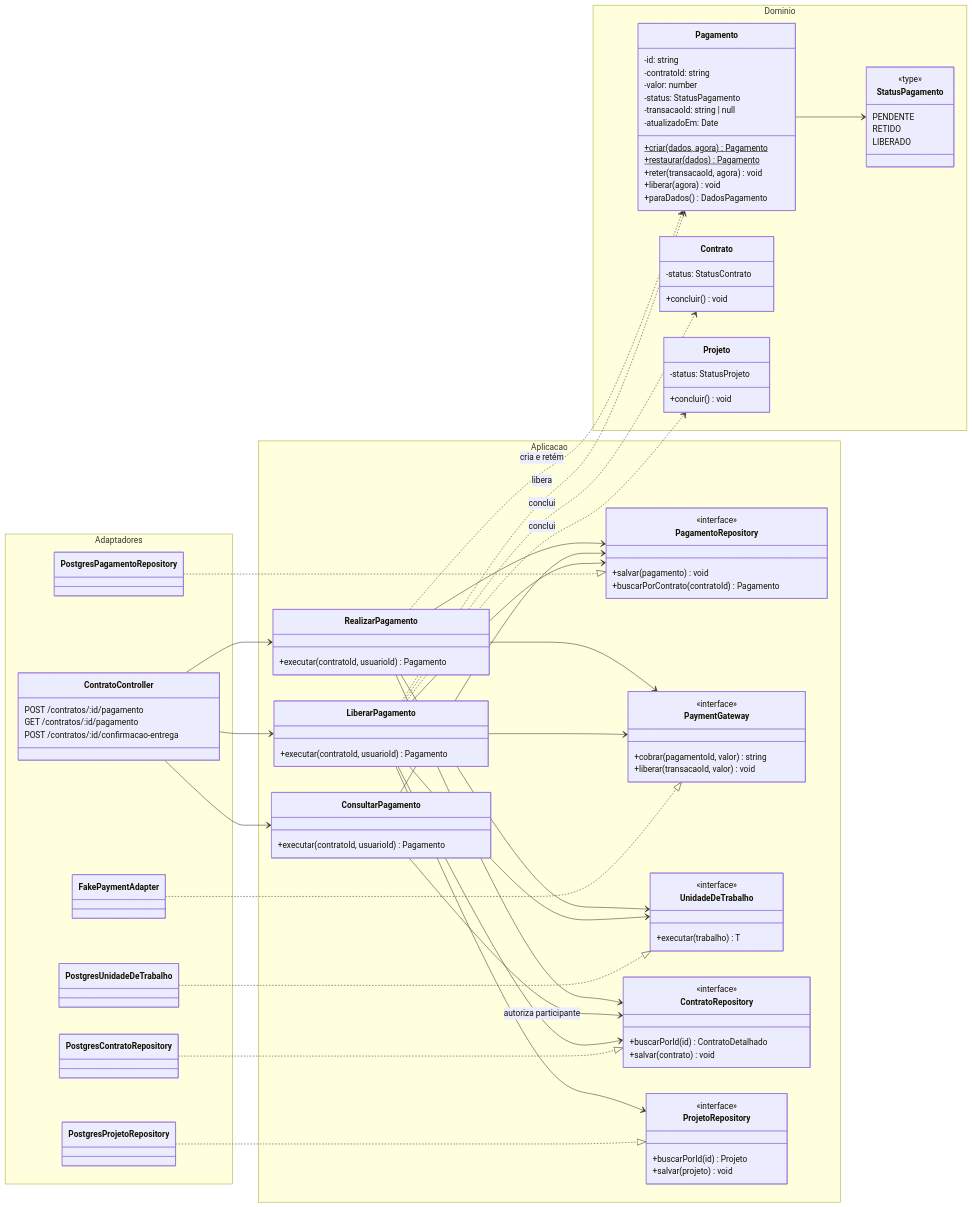
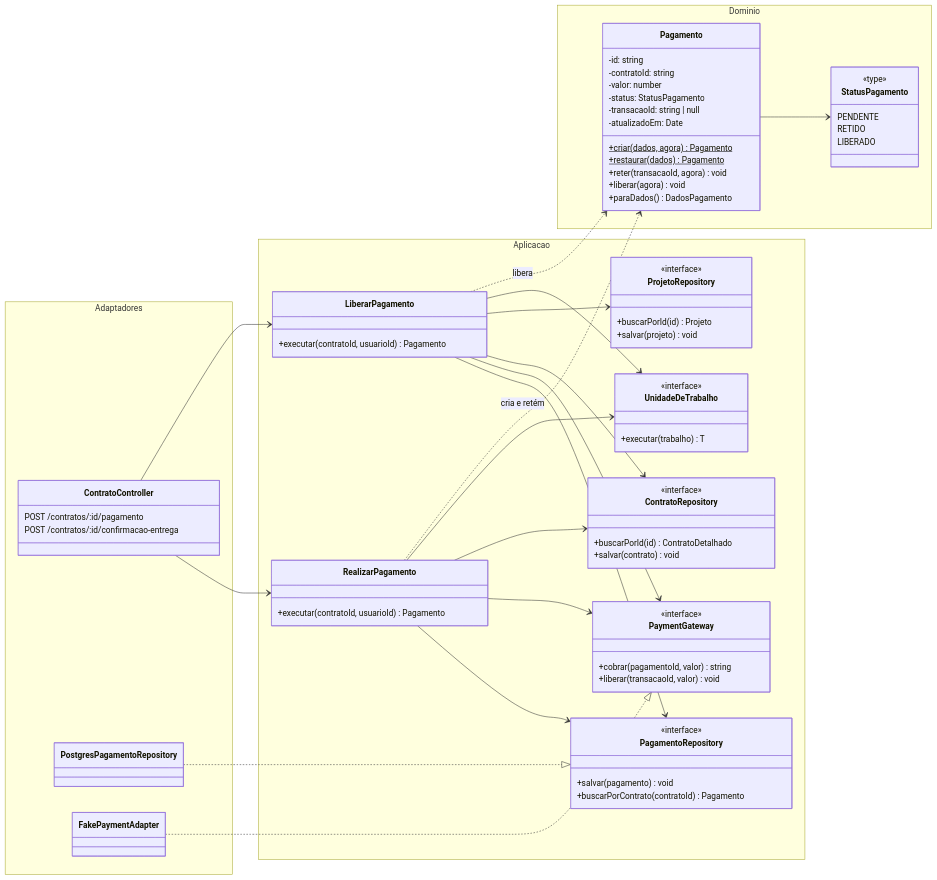
The diagram in docs/c4/codigo/pagamentos.md (VictorVeras7/FreelaHub), drawn with Mermaid before and after one commit. The commit also changed other lines of this file and 5 other files, not shown here.

Commit message:
docs: refine RF06 payment diagrams

````diff
--- a/docs/c4/codigo/pagamentos.md
+++ b/docs/c4/codigo/pagamentos.md
@@ -26,14 +26,6 @@
             RETIDO
             LIBERADO
         }
-        class Contrato {
-            -status: StatusContrato
-            +concluir() void
-        }
-        class Projeto {
-            -status: StatusProjeto
-            +concluir() void
-        }
     }
 
     namespace Aplicacao {
@@ -41,9 +33,6 @@
             +executar(contratoId, usuarioId) Pagamento
         }
         class LiberarPagamento {
-            +executar(contratoId, usuarioId) Pagamento
-        }
-        class ConsultarPagamento {
             +executar(contratoId, usuarioId) Pagamento
         }
         class PagamentoRepository {
@@ -75,38 +64,26 @@
     namespace Adaptadores {
         class ContratoController {
             POST /contratos/:id/pagamento
-            GET /contratos/:id/pagamento
             POST /contratos/:id/confirmacao-entrega
         }
         class PostgresPagamentoRepository
-        class PostgresContratoRepository
-        class PostgresProjetoRepository
-        class PostgresUnidadeDeTrabalho
         class FakePaymentAdapter
     }
 
     Pagamento --> StatusPagamento
     ContratoController --> RealizarPagamento
-    ContratoController --> ConsultarPagamento
     ContratoController --> LiberarPagamento
     RealizarPagamento --> PagamentoRepository
     RealizarPagamento --> PaymentGateway
     RealizarPagamento --> ContratoRepository
     RealizarPagamento --> UnidadeDeTrabalho
     RealizarPagamento ..> Pagamento : cria e retém
-    ConsultarPagamento --> PagamentoRepository
-    ConsultarPagamento --> ContratoRepository : autoriza participante
     LiberarPagamento --> PagamentoRepository
     LiberarPagamento --> PaymentGateway
     LiberarPagamento --> ContratoRepository
     LiberarPagamento --> ProjetoRepository
     LiberarPagamento --> UnidadeDeTrabalho
     LiberarPagamento ..> Pagamento : libera
-    LiberarPagamento ..> Contrato : conclui
-    LiberarPagamento ..> Projeto : conclui
     PostgresPagamentoRepository ..|> PagamentoRepository
-    PostgresContratoRepository ..|> ContratoRepository
-    PostgresProjetoRepository ..|> ProjetoRepository
-    PostgresUnidadeDeTrabalho ..|> UnidadeDeTrabalho
     FakePaymentAdapter ..|> PaymentGateway
 ```
````
